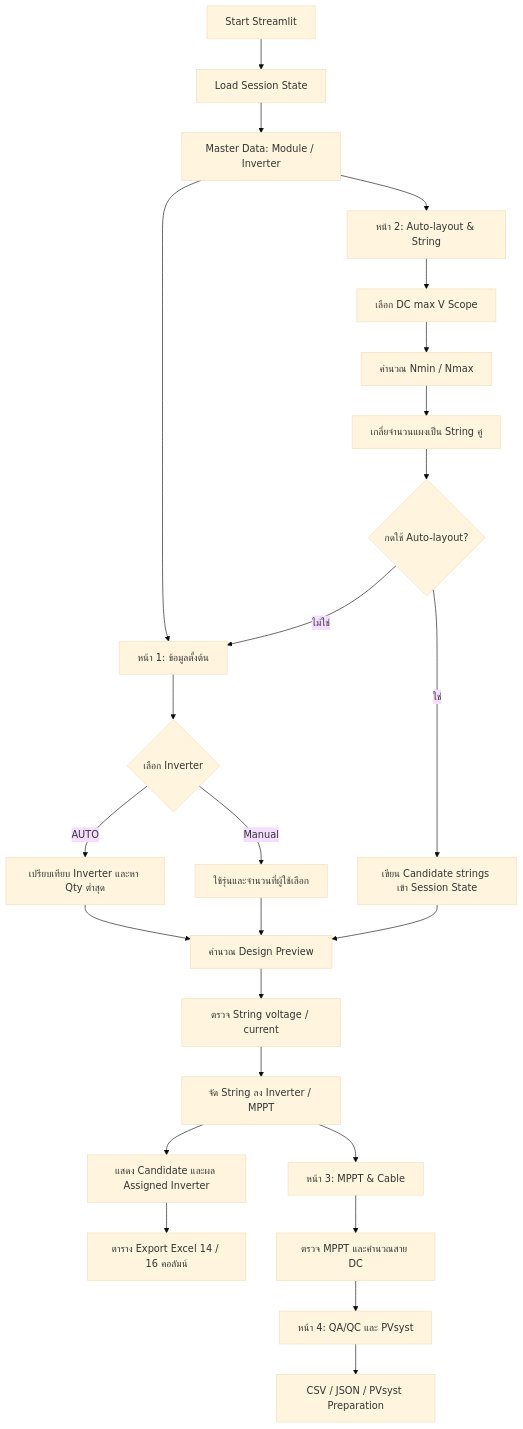
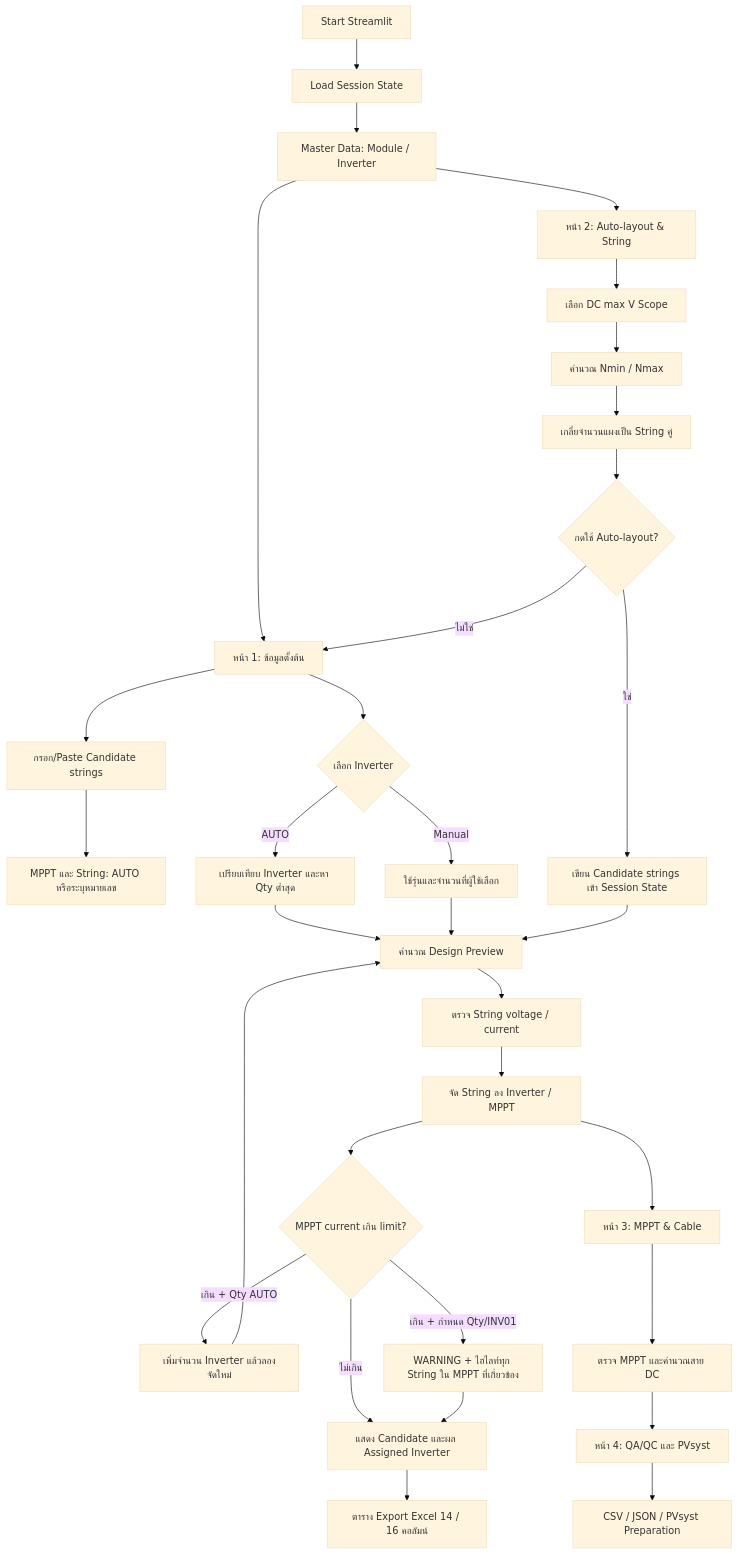
The diagram in STREAMLIT_FLOW.md (itipunsnk-max/Design_PV_Layout_Solar-Rooftop), drawn with Mermaid (base theme) before and after one commit. The commit also changed other lines of this file and 5 other files, not shown here.

````diff
--- a/STREAMLIT_FLOW.md
+++ b/STREAMLIT_FLOW.md
@@ -15,31 +15,38 @@
 ```mermaid
 flowchart TD
     A[Start Streamlit] --> B[Load Session State]
     B --> C[Master Data: Module / Inverter]
     C --> D[หน้า 1: ข้อมูลตั้งต้น]
+    D --> D1[กรอก/Paste Candidate strings]
+    D1 --> D2[MPPT และ String: AUTO หรือระบุหมายเลข]
 
     D --> E{เลือก Inverter}
     E -->|AUTO| F[เปรียบเทียบ Inverter และหา Qty ต่ำสุด]
     E -->|Manual| G[ใช้รุ่นและจำนวนที่ผู้ใช้เลือก]
     F --> H[คำนวณ Design Preview]
     G --> H
 
     H --> I[ตรวจ String voltage / current]
     I --> J[จัด String ลง Inverter / MPPT]
-    J --> K[แสดง Candidate และผล Assigned Inverter]
+    J --> J1{MPPT current เกิน limit?}
+    J1 -->|ไม่เกิน| K[แสดง Candidate และผล Assigned Inverter]
+    J1 -->|เกิน + Qty AUTO| F2[เพิ่มจำนวน Inverter แล้วลองจัดใหม่]
+    F2 --> H
+    J1 -->|เกิน + กำหนด Qty/INV01| W[WARNING + ไฮไลท์ทุก String ใน MPPT ที่เกี่ยวข้อง]
+    W --> K
     K --> L[ตาราง Export Excel 14 / 16 คอลัมน์]
 
     C --> M[หน้า 2: Auto-layout & String]
     M --> N[เลือก DC max V Scope]
     N --> O[คำนวณ Nmin / Nmax]
     O --> P[เกลี่ยจำนวนแผงเป็น String คู่]
     P --> Q{กดใช้ Auto-layout?}
     Q -->|ใช่| R[เขียน Candidate strings เข้า Session State]
     R --> H
     Q -->|ไม่ใช่| D
 
     J --> S[หน้า 3: MPPT & Cable]
     S --> T[ตรวจ MPPT และคำนวณสาย DC]
     T --> U[หน้า 4: QA/QC และ PVsyst]
     U --> V[CSV / JSON / PVsyst Preparation]
 ```
````
